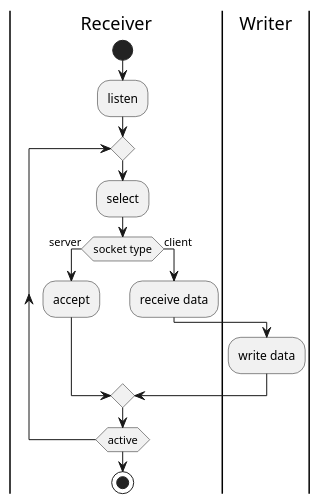
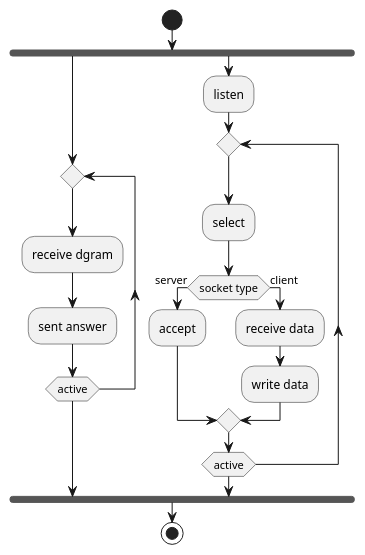
The diagram in swimm.puml (lvorobyov/Tftp), drawn with PlantUML before and after one commit.

```diff
--- a/swimm.puml
+++ b/swimm.puml
@@ -1,17 +1,21 @@
 @startuml
-|Receiver|
 start
+fork
+repeat
+  :receive dgram;
+  :sent answer;
+repeat while (active)
+fork again
 :listen;
 repeat
   :select;
   if (socket type) then (server)
     :accept;
   else (client)
     :receive data;
-    |Writer|
     :write data;
-    |Receiver|
   endif
 repeat while (active)
+end fork
 stop
 @enduml
```
